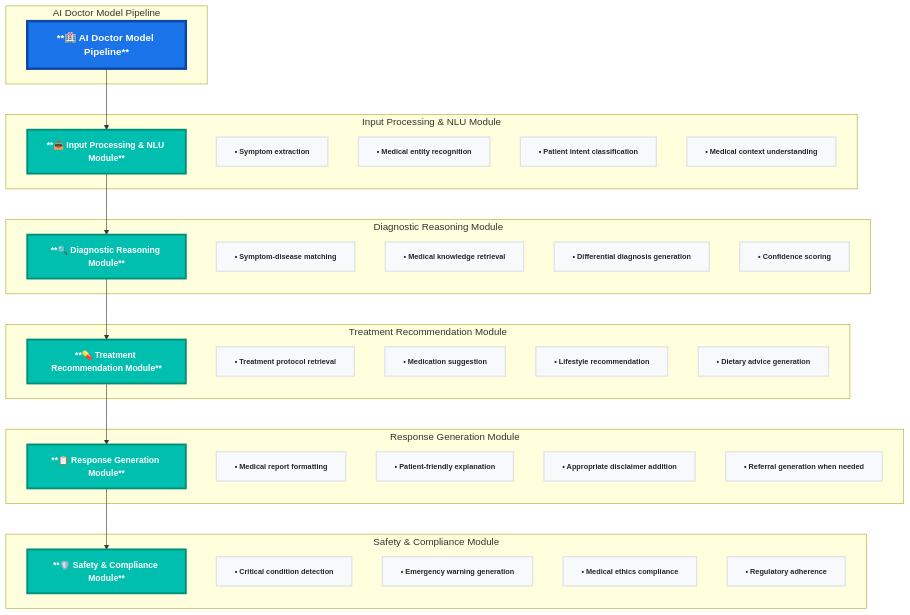
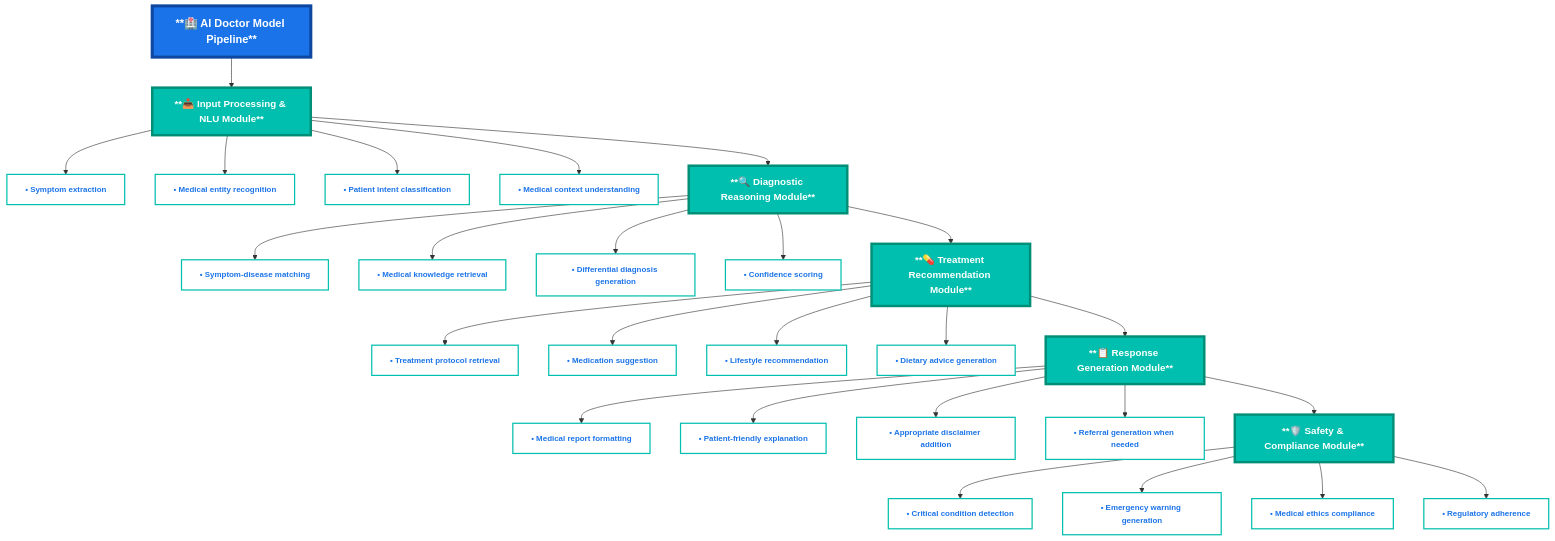
One commit to Blacksujit/Health-Summerize-AI changed the second of 2 diagrams in README.md. Above: the diagram before and after it, drawn with Mermaid.

Commit message:
added arcitect.  diagram✅✅

````diff
--- a/README.md
+++ b/README.md
@@ -301,61 +301,80 @@
 ```mermaid
 flowchart TD
-    subgraph "AI Doctor Model Pipeline"
-        A["**🏥 AI Doctor Model Pipeline**"]
-    end
+    %% Main Header - Standalone and Prominent
+    A["**🏥 AI Doctor Model Pipeline**"]
     
-    subgraph "Input Processing & NLU Module"
-        B["**📥 Input Processing & NLU Module**"]
-        B1["• Symptom extraction"]
-        B2["• Medical entity recognition"]
-        B3["• Patient intent classification"]
-        B4["• Medical context understanding"]
-    end
+    %% Input Processing Module
+    B["**📥 Input Processing & NLU Module**"]
+    B1["• Symptom extraction"]
+    B2["• Medical entity recognition"]
+    B3["• Patient intent classification"]
+    B4["• Medical context understanding"]
     
-    subgraph "Diagnostic Reasoning Module"
-        C["**🔍 Diagnostic Reasoning Module**"]
-        C1["• Symptom-disease matching"]
-        C2["• Medical knowledge retrieval"]
-        C3["• Differential diagnosis generation"]
-        C4["• Confidence scoring"]
-    end
+    %% Diagnostic Reasoning Module
+    C["**🔍 Diagnostic Reasoning Module**"]
+    C1["• Symptom-disease matching"]
+    C2["• Medical knowledge retrieval"]
+    C3["• Differential diagnosis generation"]
+    C4["• Confidence scoring"]
     
-    subgraph "Treatment Recommendation Module"
-        D["**💊 Treatment Recommendation Module**"]
-        D1["• Treatment protocol retrieval"]
-        D2["• Medication suggestion"]
-        D3["• Lifestyle recommendation"]
-        D4["• Dietary advice generation"]
-    end
+    %% Treatment Recommendation Module
+    D["**💊 Treatment Recommendation Module**"]
+    D1["• Treatment protocol retrieval"]
+    D2["• Medication suggestion"]
+    D3["• Lifestyle recommendation"]
+    D4["• Dietary advice generation"]
     
-    subgraph "Response Generation Module"
-        E["**📋 Response Generation Module**"]
-        E1["• Medical report formatting"]
-        E2["• Patient-friendly explanation"]
-        E3["• Appropriate disclaimer addition"]
-        E4["• Referral generation when needed"]
-    end
+    %% Response Generation Module
+    E["**📋 Response Generation Module**"]
+    E1["• Medical report formatting"]
+    E2["• Patient-friendly explanation"]
+    E3["• Appropriate disclaimer addition"]
+    E4["• Referral generation when needed"]
     
-    subgraph "Safety & Compliance Module"
-        F["**🛡️ Safety & Compliance Module**"]
-        F1["• Critical condition detection"]
-        F2["• Emergency warning generation"]
-        F3["• Medical ethics compliance"]
-        F4["• Regulatory adherence"]
-    end
+    %% Safety & Compliance Module
+    F["**🛡️ Safety & Compliance Module**"]
+    F1["• Critical condition detection"]
+    F2["• Emergency warning generation"]
+    F3["• Medical ethics compliance"]
+    F4["• Regulatory adherence"]
     
+    %% Flow Connections
     A --> B
+    B --> B1
+    B --> B2
+    B --> B3
+    B --> B4
     B --> C
+    
+    C --> C1
+    C --> C2
+    C --> C3
+    C --> C4
     C --> D
+    
+    D --> D1
+    D --> D2
+    D --> D3
+    D --> D4
     D --> E
+    
+    E --> E1
+    E --> E2
+    E --> E3
+    E --> E4
     E --> F
     
-    %% Styling with bold fonts and clear visibility
-    classDef mainTitle fill:#1a73e8,stroke:#0d47a1,stroke-width:4px,color:#ffffff,font-weight:bold,font-size:16px
-    classDef moduleTitle fill:#00bfae,stroke:#008e76,stroke-width:3px,color:#ffffff,font-weight:bold,font-size:14px
-    classDef featureItem fill:#f8f9fa,stroke:#dee2e6,stroke-width:2px,color:#212529,font-weight:bold,font-size:12px
+    F --> F1
+    F --> F2
+    F --> F3
+    F --> F4
     
-    class A mainTitle
-    class B,C,D,E,F moduleTitle
+    %% Enhanced Styling for Better Visibility
+    classDef mainHeader fill:#1a73e8,stroke:#0d47a1,stroke-width:5px,color:#ffffff,font-weight:bold,font-size:18px
+    classDef moduleHeader fill:#00bfae,stroke:#008e76,stroke-width:4px,color:#ffffff,font-weight:bold,font-size:16px
+    classDef featureItem fill:#ffffff,stroke:#00bfae,stroke-width:2px,color:#1a73e8,font-weight:bold,font-size:13px
+    
+    class A mainHeader
+    class B,C,D,E,F moduleHeader
     class B1,B2,B3,B4,C1,C2,C3,C4,D1,D2,D3,D4,E1,E2,E3,E4,F1,F2,F3,F4 featureItem
 ```
````
